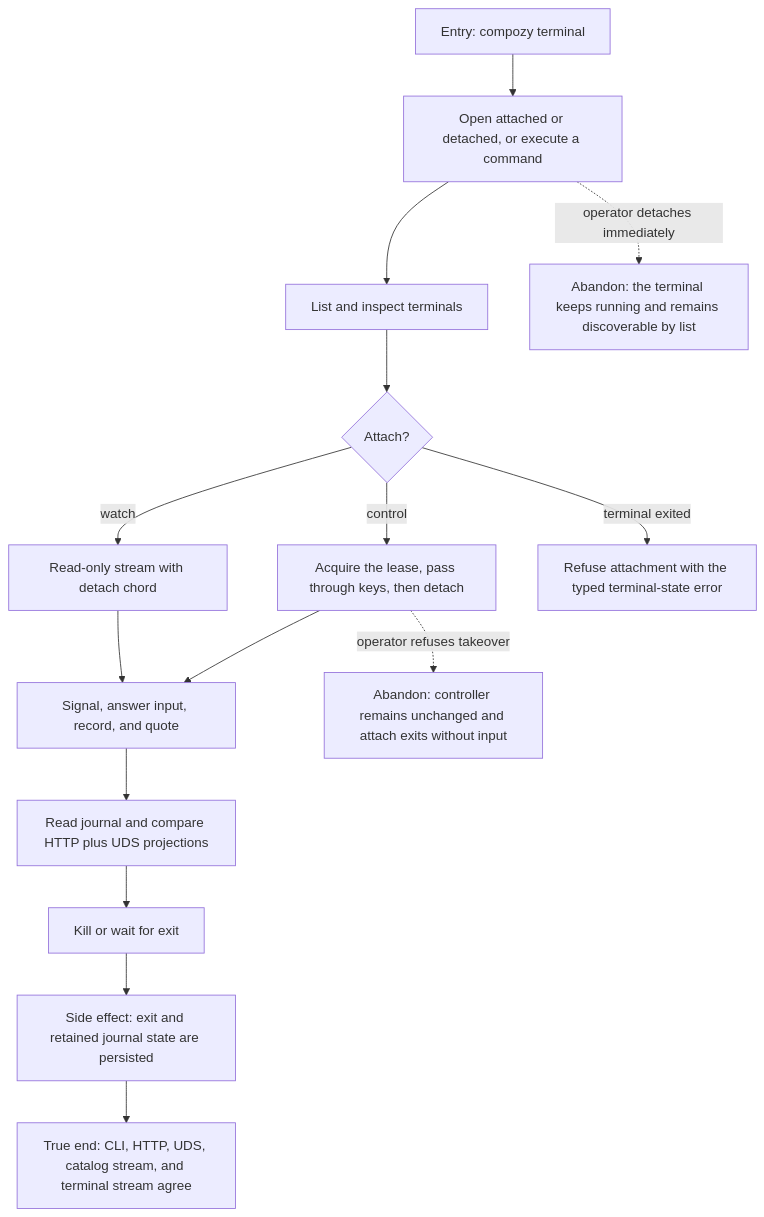
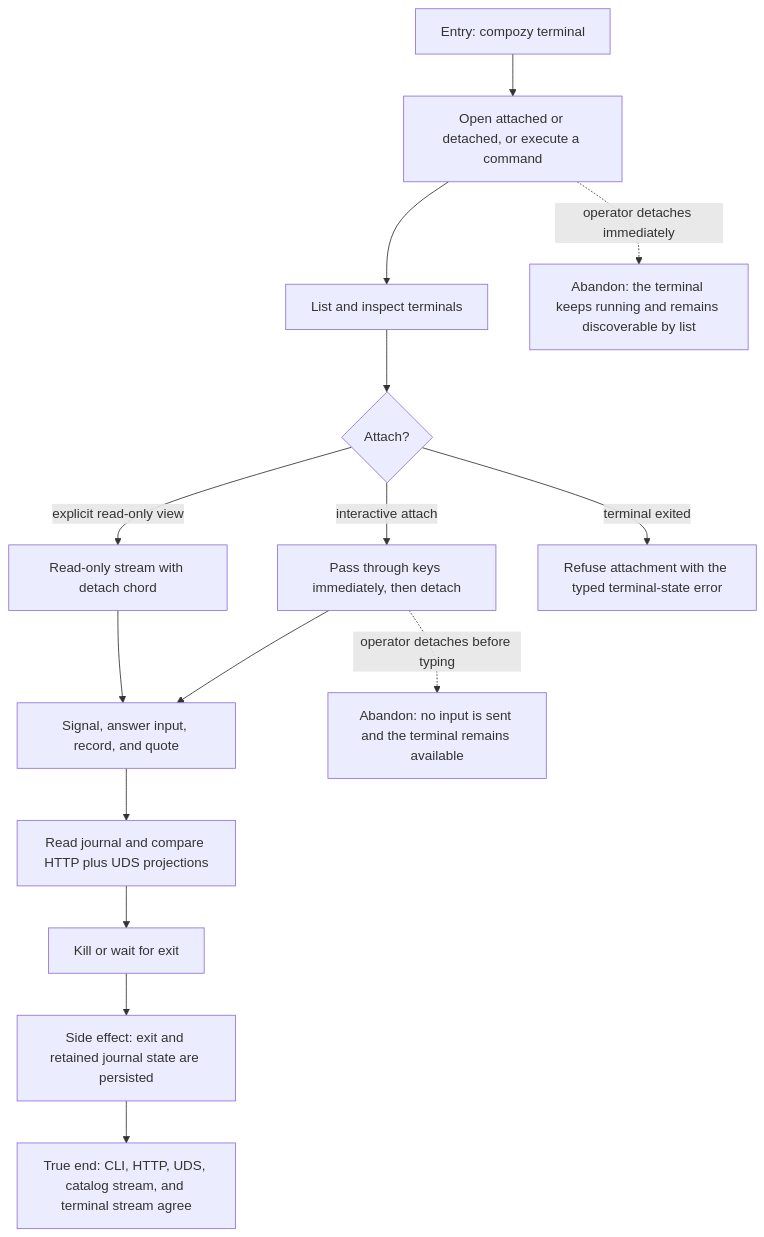
The diagram in docs/qa/journeys/J-operate-terminal-by-cli.md (compozy/compozy), drawn with Mermaid before and after one commit. The commit also changed other lines of this file and 444 other files, not shown here.

````diff
--- a/docs/qa/journeys/J-operate-terminal-by-cli.md
+++ b/docs/qa/journeys/J-operate-terminal-by-cli.md
@@ -6,17 +6,17 @@
 ```mermaid
 flowchart TD
   A[Entry: compozy terminal] --> B[Open attached or detached, or execute a command]
   B --> C[List and inspect terminals]
   C --> D{Attach?}
-  D -->|watch| E[Read-only stream with detach chord]
-  D -->|control| F[Acquire the lease, pass through keys, then detach]
+  D -->|explicit read-only view| E[Read-only stream with detach chord]
+  D -->|interactive attach| F[Pass through keys immediately, then detach]
   D -->|terminal exited| D1[Refuse attachment with the typed terminal-state error]
   E --> G[Signal, answer input, record, and quote]
   F --> G
   G --> H[Read journal and compare HTTP plus UDS projections]
   H --> I[Kill or wait for exit]
   I --> J[Side effect: exit and retained journal state are persisted]
   J --> Z[True end: CLI, HTTP, UDS, catalog stream, and terminal stream agree]
   B -.->|operator detaches immediately| X1[Abandon: the terminal keeps running and remains discoverable by list]
-  F -.->|operator refuses takeover| X2[Abandon: controller remains unchanged and attach exits without input]
+  F -.->|operator detaches before typing| X2[Abandon: no input is sent and the terminal remains available]
 ```
````
